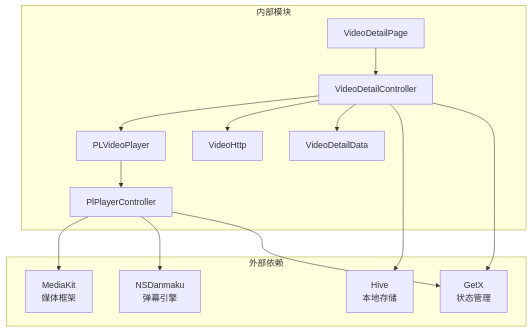
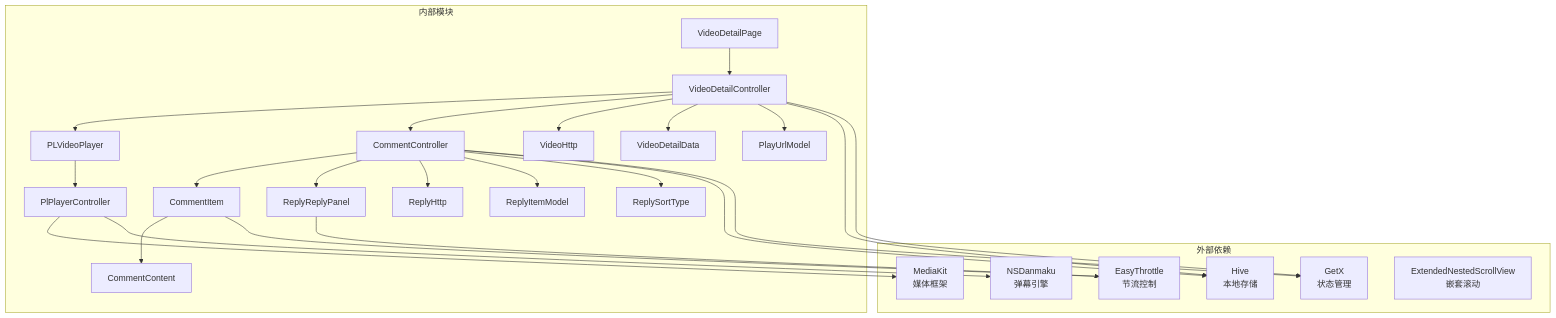
The ninth of 9 diagrams in .qoder/repowiki/zh/content/核心模块/功能模块/视频播放模块/视频播放模块.md (justLXX/pilipala), drawn with Mermaid before and after one commit. The commit also changed other lines of this file and 194 other files, not shown here.

````diff
--- a/.qoder/repowiki/zh/content/核心模块/功能模块/视频播放模块/视频播放模块.md
+++ b/.qoder/repowiki/zh/content/核心模块/功能模块/视频播放模块/视频播放模块.md
@@ -325,27 +539,48 @@
 ```mermaid
 graph TB
 subgraph "外部依赖"
 A[MediaKit<br/>媒体框架]
 B[NSDanmaku<br/>弹幕引擎]
 C[Hive<br/>本地存储]
 D[GetX<br/>状态管理]
+E[EasyThrottle<br/>节流控制]
+F[ExtendedNestedScrollView<br/>嵌套滚动]
 end
 subgraph "内部模块"
-E[VideoDetailPage]
-F[VideoDetailController]
-G[PLVideoPlayer]
-H[PlPlayerController]
-I[VideoHttp]
-J[VideoDetailData]
+G[VideoDetailPage]
+H[VideoDetailController]
+I[PLVideoPlayer]
+J[PlPlayerController]
+K[CommentController]
+L[CommentItem]
+M[CommentContent]
+N[ReplyReplyPanel]
+O[VideoHttp]
+P[ReplyHttp]
+Q[VideoDetailData]
+R[PlayUrlModel]
+S[ReplyItemModel]
+T[ReplySortType]
 end
-E --> F
-F --> G
 G --> H
-H --> A
-H --> B
-F --> I
-F --> J
-F --> C
-F --> D
+H --> I
+I --> J
+J --> A
+J --> B
+H --> K
+K --> L
+L --> M
+K --> N
+H --> O
+K --> P
+H --> Q
+H --> R
+K --> S
+K --> T
+H --> C
+K --> C
 H --> D
+K --> D
+L --> E
+N --> E
 ```
````
